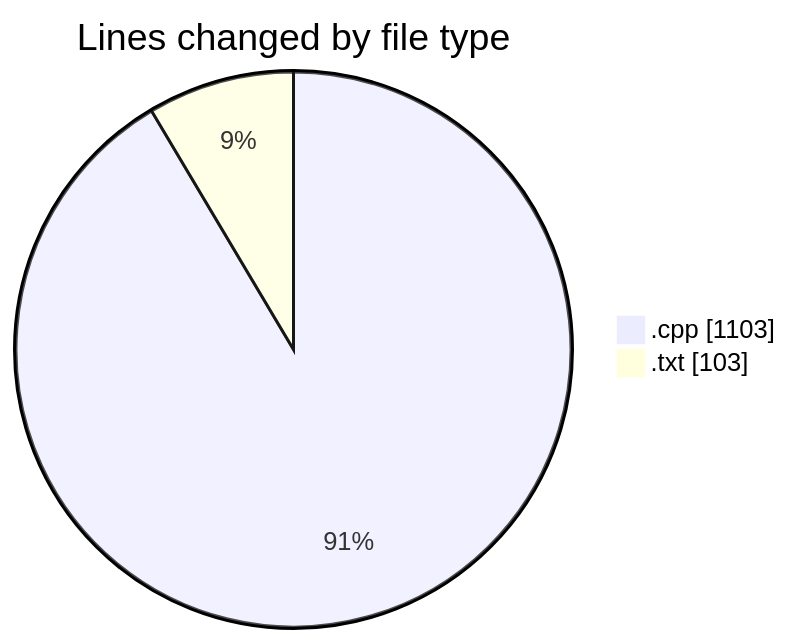
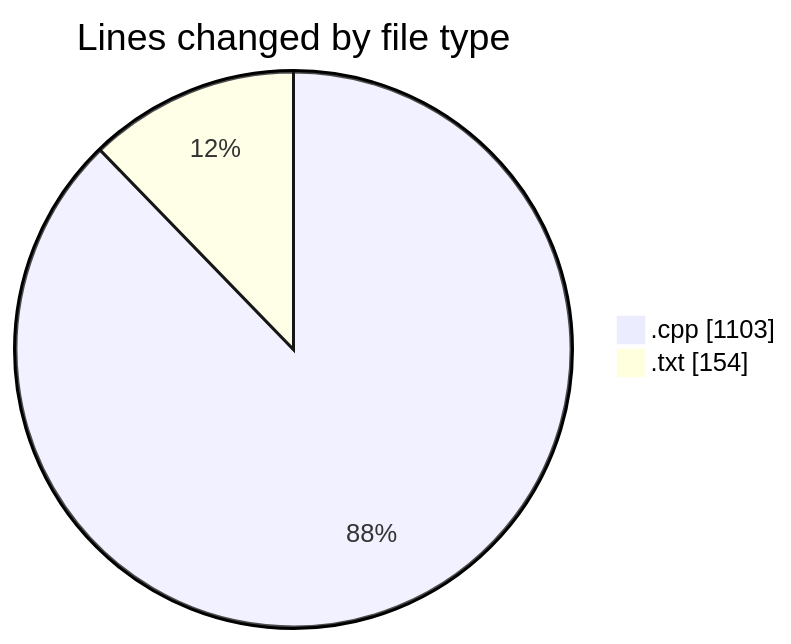
One commit to Ritupan-Deka/code-tracking changed the first of 2 diagrams in 2025-06-21/refinedproject/README.md. Above: the diagram before and after it, drawn with Mermaid. The commit also changed other lines of this file and 1 other file, not shown here.

````diff
--- a/2025-06-21/refinedproject/README.md
+++ b/2025-06-21/refinedproject/README.md
@@ -25,6 +25,6 @@
 ```mermaid
 pie showData
 title Lines changed by file type
 ".cpp" : 1103
-".txt" : 103
+".txt" : 154
 ```
````
